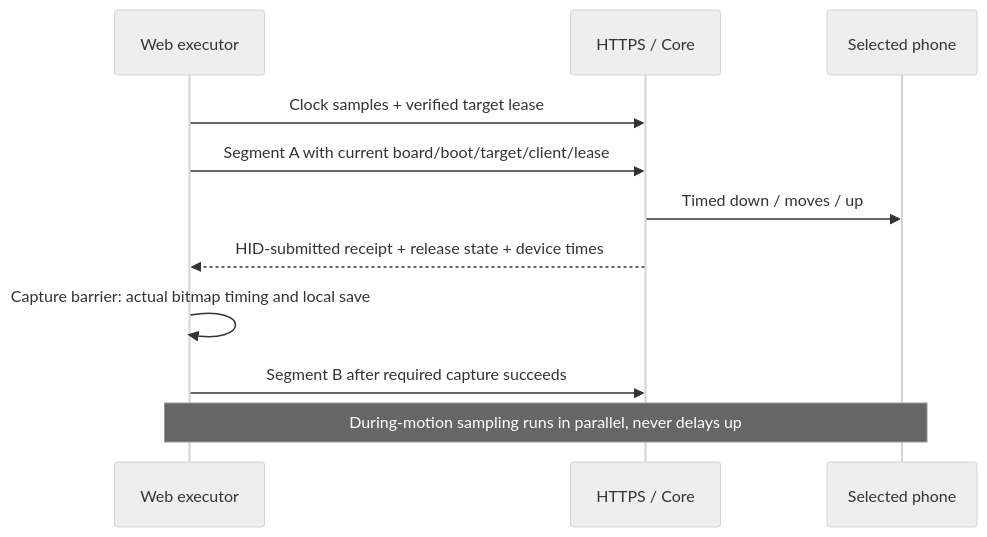
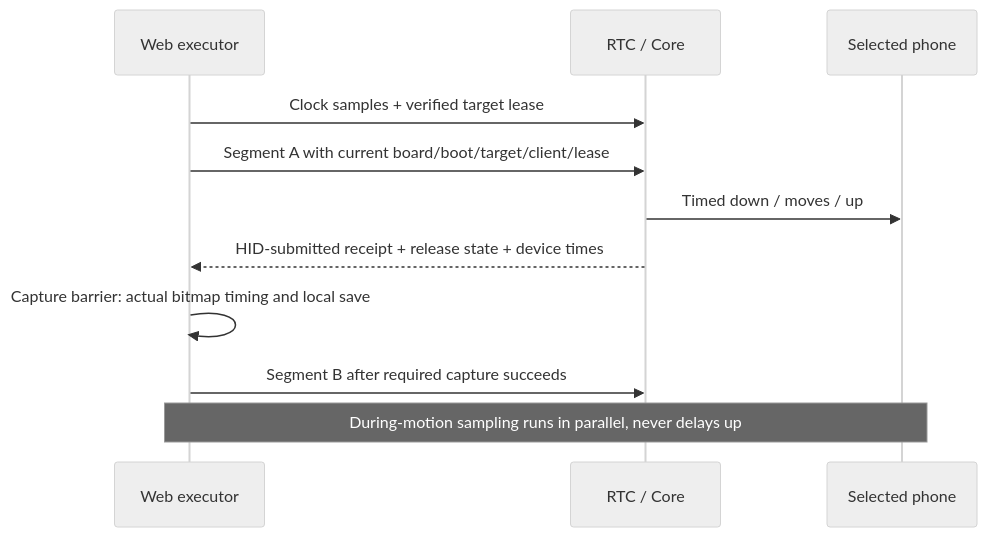
The second of 2 diagrams in docs/architecture/firmware-implementation.md (cccat6/iphone-agent-harness), drawn with Mermaid (neutral theme) before and after one commit. The commit also changed other lines of this file and 232 other files, not shown here.

````diff
--- a/docs/architecture/firmware-implementation.md
+++ b/docs/architecture/firmware-implementation.md
@@ -52,13 +53,13 @@
 ```mermaid
 sequenceDiagram
   participant W as Web executor
-  participant E as HTTPS / Core
+  participant E as RTC / Core
   participant P as Selected phone
   W->>E: Clock samples + verified target lease
   W->>E: Segment A with current board/boot/target/client/lease
   E->>P: Timed down / moves / up
   E-->>W: HID-submitted receipt + release state + device times
   W->>W: Capture barrier: actual bitmap timing and local save
   W->>E: Segment B after required capture succeeds
   Note over W,P: During-motion sampling runs in parallel, never delays up
 ```
````
